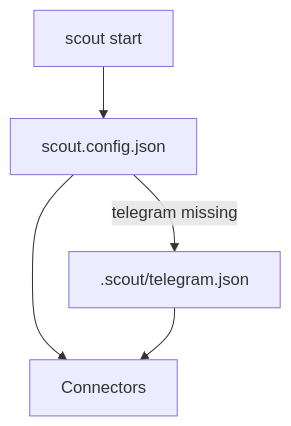
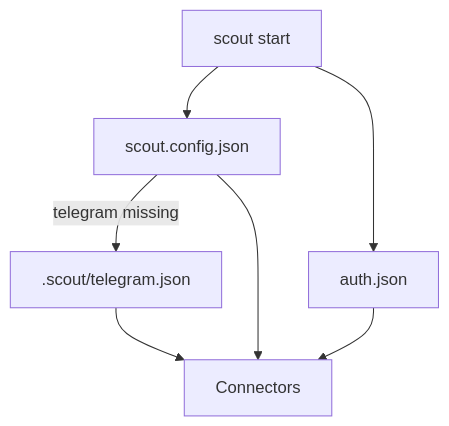
The diagram in docs/config.md (ex3ndr/daycare), drawn with Mermaid before and after one commit. The commit also changed other lines of this file and 20 other files, not shown here.

````diff
--- a/docs/config.md
+++ b/docs/config.md
@@ -7,7 +8,9 @@
 ```mermaid
 flowchart TD
   Start[scout start] --> ConfigFile[scout.config.json]
+  Start --> Auth[auth.json]
   ConfigFile -->|telegram missing| Fallback[.scout/telegram.json]
   ConfigFile --> Connectors
+  Auth --> Connectors
   Fallback --> Connectors
 ```
````
